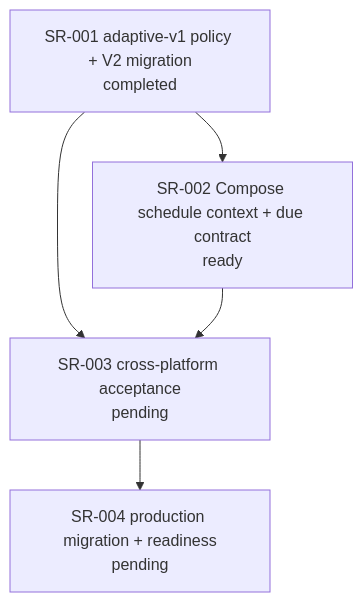
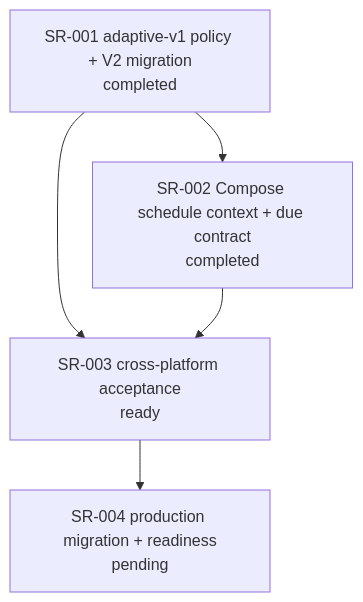
The sixth of 6 diagrams in agent-workflow/WORK_GRAPH.md (allenljf/algorithm-learning), drawn with Mermaid before and after one commit. The commit also changed 16 other files, not shown here.

Commit message:
feat: show adaptive review schedule context in the Compose client

````diff
--- a/agent-workflow/WORK_GRAPH.md
+++ b/agent-workflow/WORK_GRAPH.md
@@ -149,12 +149,12 @@
 ```mermaid
 flowchart TD
   S1[SR-001 adaptive-v1 policy + V2 migration\ncompleted]
-  S2[SR-002 Compose schedule context + due contract\nready]
-  S3[SR-003 cross-platform acceptance\npending]
+  S2[SR-002 Compose schedule context + due contract\ncompleted]
+  S3[SR-003 cross-platform acceptance\nready]
   S4[SR-004 production migration + readiness\npending]
 
   S1 --> S2
   S1 --> S3
   S2 --> S3
   S3 --> S4
 ```
````
